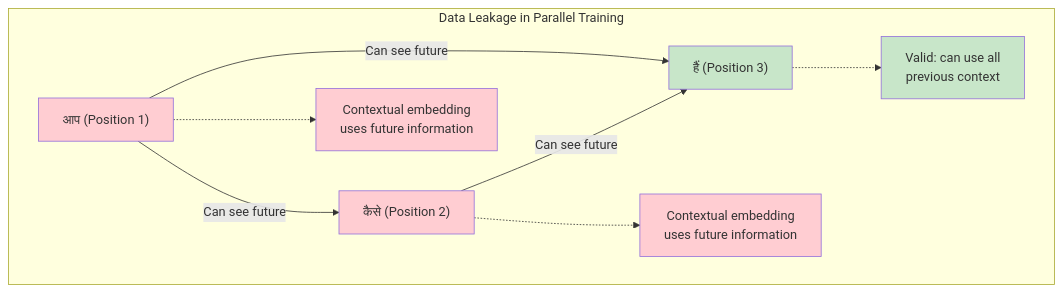
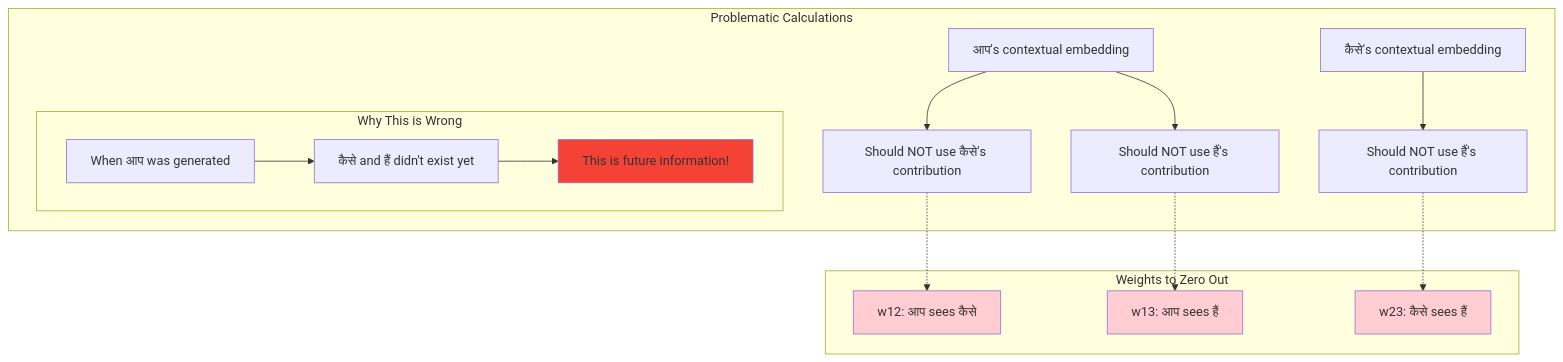
One commit to Sankhyesh/AI-Learning-Roadmap-2024 changed diagram 15 of 55 in CampusX/100-days-deep-learning/81-masked-multi-head-attention-transformer-decoder.md. Above: the diagram before and after it, drawn with Mermaid. The commit also changed other lines of this file, not shown here.

````diff
--- a/CampusX/100-days-deep-learning/81-masked-multi-head-attention-transformer-decoder.md
+++ b/CampusX/100-days-deep-learning/81-masked-multi-head-attention-transformer-decoder.md
@@ -105,23 +584,33 @@
 ```mermaid
 graph TD
-    subgraph "Data Leakage in Parallel Training"
-        A["आप (Position 1)"]
-        B["कैसे (Position 2)"]
-        C["हैं (Position 3)"]
+    subgraph "Problematic Calculations"
+        A[आप's contextual embedding] --> B[Should NOT use कैसे's contribution]
+        A --> C[Should NOT use हैं's contribution]
         
-        A --> |"Can see future"| B
-        A --> |"Can see future"| C
-        B --> |"Can see future"| C
+        D[कैसे's contextual embedding] --> E[Should NOT use हैं's contribution]
         
-        A -.-> A1["Contextual embedding<br/>uses future information"]
-        B -.-> B1["Contextual embedding<br/>uses future information"]
-        C -.-> C1["Valid: can use all<br/>previous context"]
+        subgraph "Why This is Wrong"
+            F[When आप was generated]
+            G[कैसे and हैं didn't exist yet]
+            H[This is future information!]
+            
+            F --> G
+            G --> H
+        end
     end
     
-    style A fill:#ffcdd2
-    style B fill:#ffcdd2
-    style C fill:#c8e6c9
-    style A1 fill:#ffcdd2
-    style B1 fill:#ffcdd2
-    style C1 fill:#c8e6c9
+    subgraph "Weights to Zero Out"
+        I[w12: आप sees कैसे] 
+        J[w13: आप sees हैं]
+        K[w23: कैसे sees हैं]
+    end
+    
+    B -.-> I
+    C -.-> J
+    E -.-> K
+    
+    style I fill:#ffcdd2
+    style J fill:#ffcdd2  
+    style K fill:#ffcdd2
+    style H fill:#f44336
 ```
````
